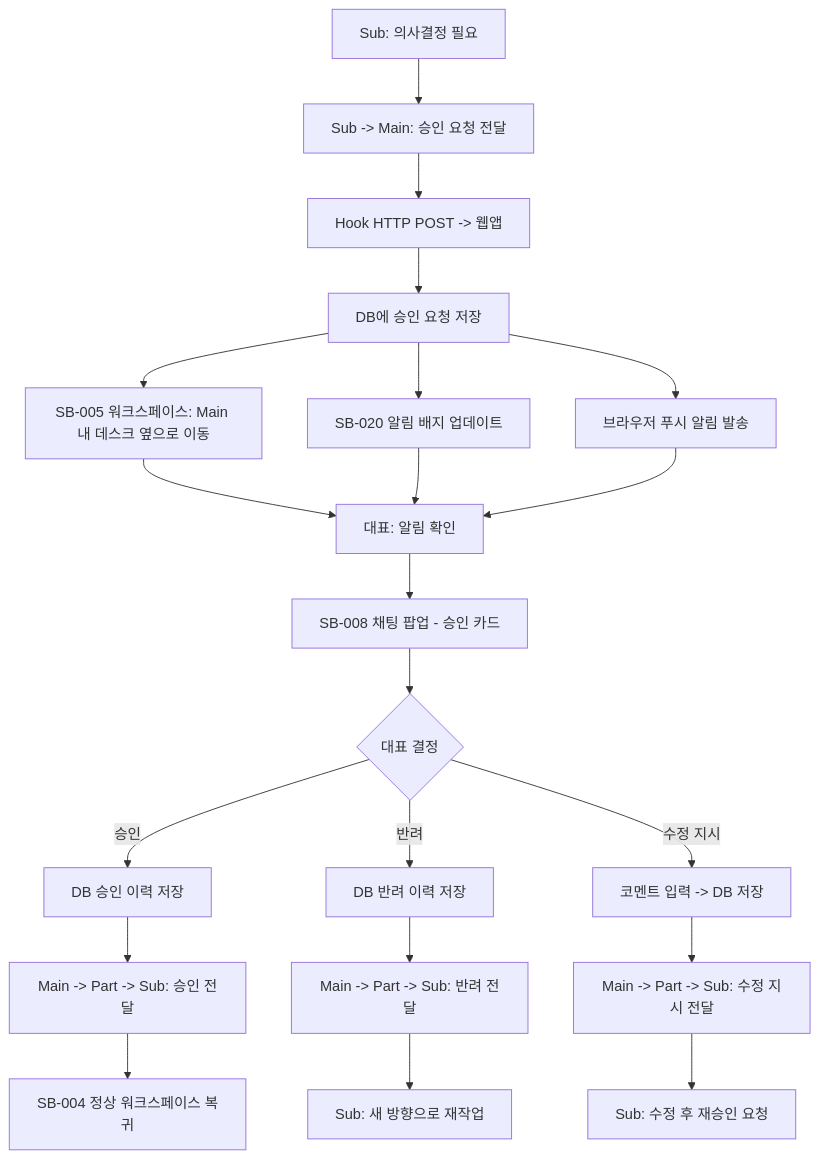
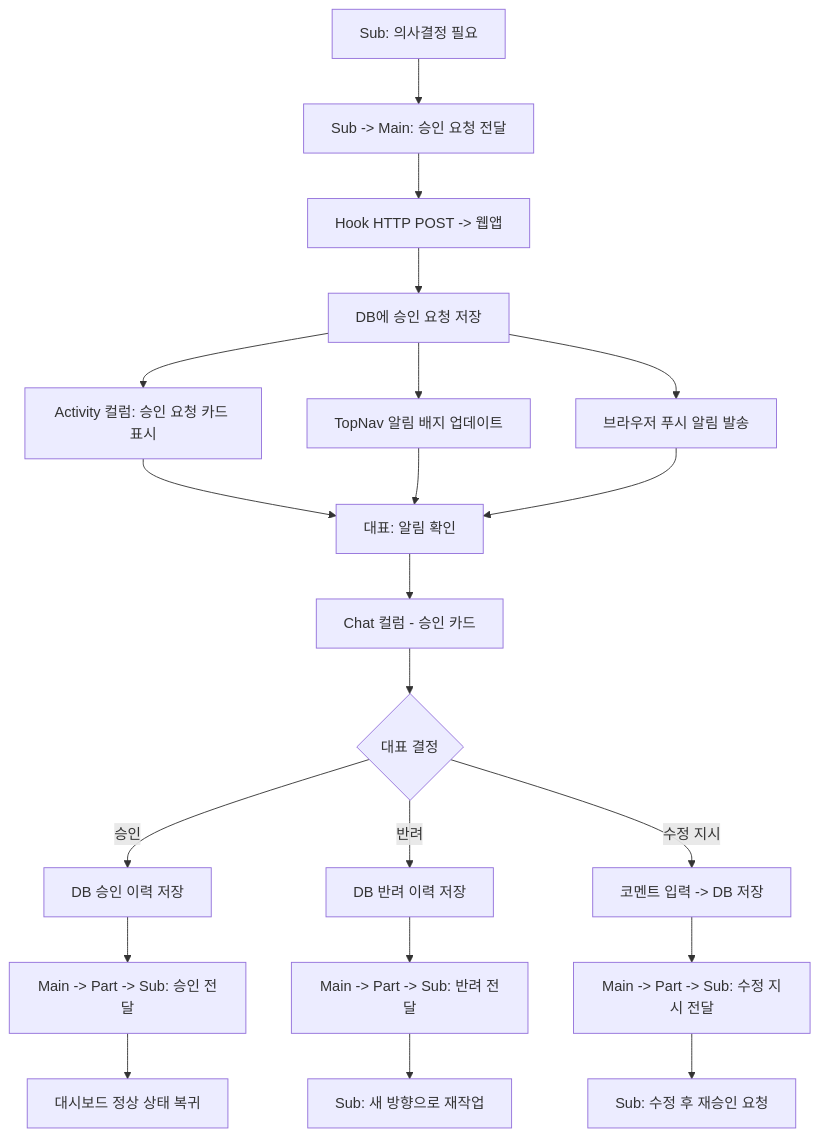
Before and after one commit to Jeonyunjae/ClaudeManager: the seventh of 15 diagrams in 03_design/🔀 user-flow.md, drawn with Mermaid. The commit also changed other lines of this file and 221 other files, not shown here.

````diff
--- a/03_design/🔀 user-flow.md
+++ b/03_design/🔀 user-flow.md
@@ -120,28 +139,28 @@
 ```mermaid
 flowchart TD
     A[Sub: 의사결정 필요] --> B[Sub -> Main: 승인 요청 전달]
     B --> C[Hook HTTP POST -> 웹앱]
     C --> D[DB에 승인 요청 저장]
-    D --> E1[SB-005 워크스페이스: Main 내 데스크 옆으로 이동]
-    D --> E2[SB-020 알림 배지 업데이트]
+    D --> E1[Activity 컬럼: 승인 요청 카드 표시]
+    D --> E2[TopNav 알림 배지 업데이트]
     D --> E3[브라우저 푸시 알림 발송]
     
     E1 --> F[대표: 알림 확인]
     E2 --> F
     E3 --> F
     
-    F --> G[SB-008 채팅 팝업 - 승인 카드]
+    F --> G[Chat 컬럼 - 승인 카드]
     
     G --> H{대표 결정}
     H -->|승인| I[DB 승인 이력 저장]
     H -->|반려| J[DB 반려 이력 저장]
     H -->|수정 지시| K[코멘트 입력 -> DB 저장]
     
     I --> L[Main -> Part -> Sub: 승인 전달]
     J --> M[Main -> Part -> Sub: 반려 전달]
     K --> N[Main -> Part -> Sub: 수정 지시 전달]
     
-    L --> O[SB-004 정상 워크스페이스 복귀]
+    L --> O[대시보드 정상 상태 복귀]
     M --> P[Sub: 새 방향으로 재작업]
     N --> Q[Sub: 수정 후 재승인 요청]
 ```
````
